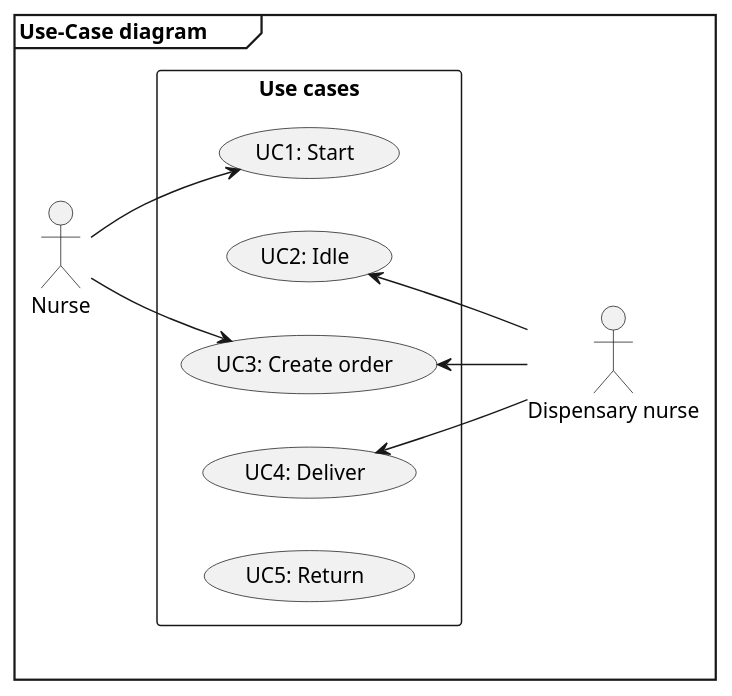
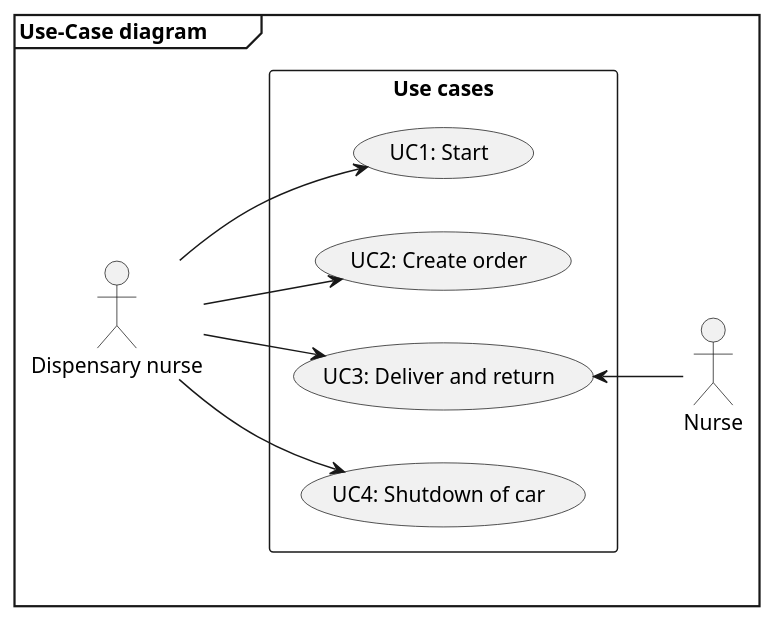
Before and after one commit to lineklemensen/PRJ3: the diagram in docs/diagrams/Plantuml/requirements/usecase diagram.puml, drawn with PlantUML.

Commit message:
updated plantUML use-case diagram

```diff
--- a/docs/diagrams/Plantuml/requirements/usecase diagram.puml
+++ b/docs/diagrams/Plantuml/requirements/usecase diagram.puml
@@ -1,23 +1,21 @@
-@startuml UC diagram
+@startuml
 left to right direction
 mainframe **Use-Case diagram**\t
 
 actor Nurse as n
 actor "Dispensary nurse" as dn
 
 rectangle "Use cases" {
     usecase "UC1: Start" as UC1
-    usecase "UC2: Idle" as UC2
-    usecase "UC3: Create order" as UC3
-    usecase "UC4: Deliver" as UC4
-    usecase "UC5: Return" as UC5
+    usecase "UC2: Create order" as UC2
+    usecase "UC3: Deliver and return" as UC3
+    usecase "UC4: Shutdown of car" as UC4    
 }
 
-n --> UC1
-n --> UC3
+dn --> UC1
+dn --> UC2
+dn --> UC3
+dn --> UC4
 
-UC2 <-- dn
-UC3 <-- dn
-UC4 <-- dn
-
+UC3 <-- n
 @enduml
```
